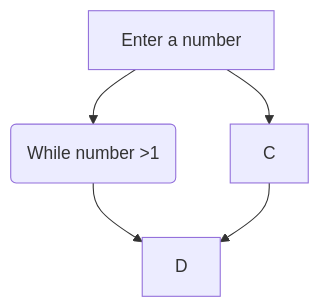
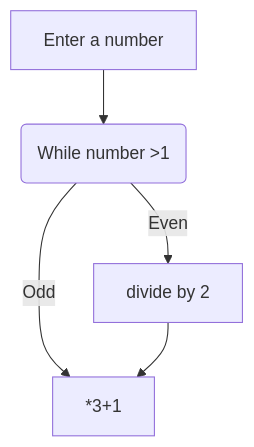
The second of 2 diagrams in README.md (PeeBs68/mywork), drawn with Mermaid before and after one commit.

Commit message:
Playing with mermaid for readme

````diff
--- a/README.md
+++ b/README.md
@@ -27,7 +27,7 @@
 ```mermaid
 graph TD;
     A[Enter a number] -->B(While number >1);
-    A-->C;
-    B-->D;
+    B -- Even -->C[divide by 2];
+    B -- Odd -->D[*3+1];
     C-->D;
 ```
````
